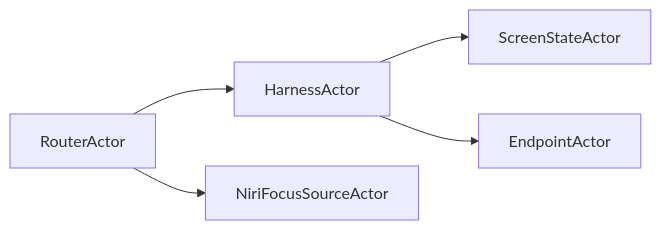
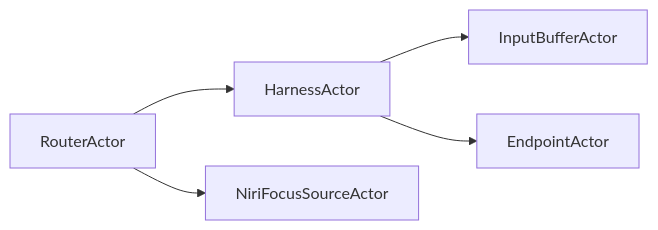
The seventh of 9 diagrams in reports/operator/7-minimal-niri-input-gate.md (LiGoldragon/primary), drawn with Mermaid before and after one commit. The commit also changed other lines of this file, not shown here.

````diff
--- a/reports/operator/7-minimal-niri-input-gate.md
+++ b/reports/operator/7-minimal-niri-input-gate.md
@@ -182,13 +176,13 @@
 ```mermaid
 flowchart LR
     router[RouterActor]
     harness[HarnessActor]
     focus[NiriFocusSourceActor]
-    screen[ScreenStateActor]
+    input[InputBufferActor]
     endpoint[EndpointActor]
 
     router --> harness
     router --> focus
-    harness --> screen
+    harness --> input
     harness --> endpoint
 ```
````
